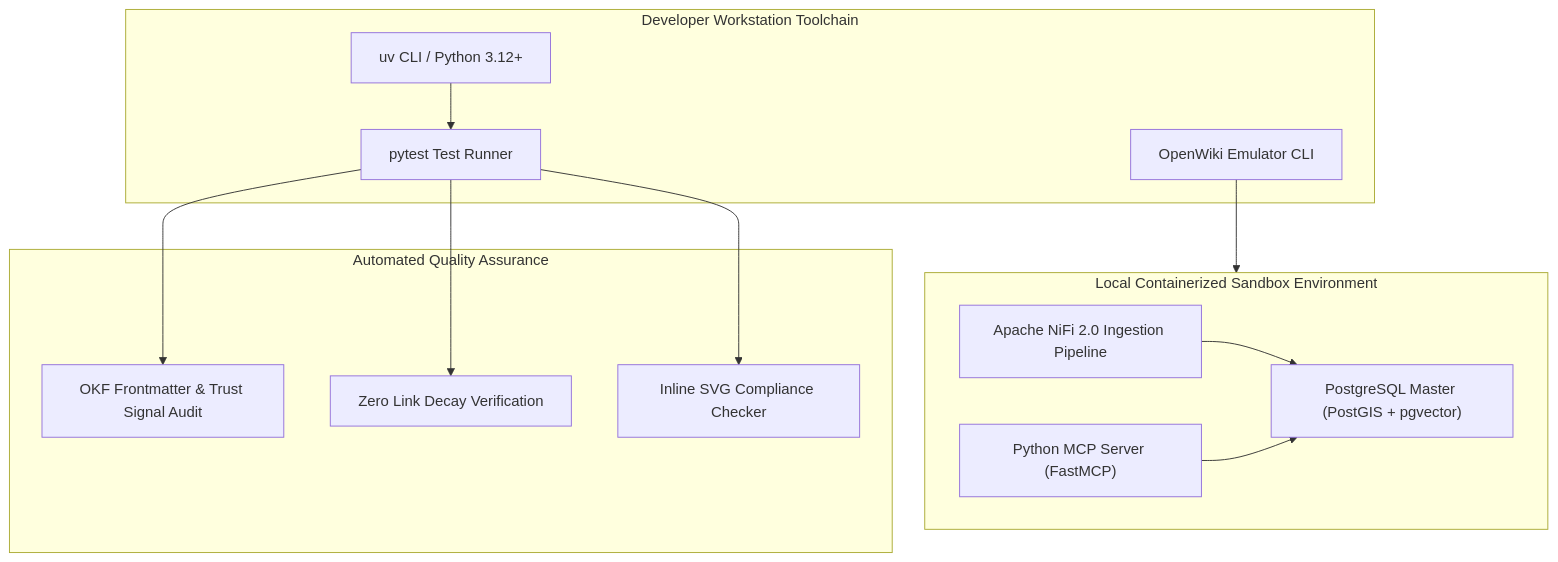
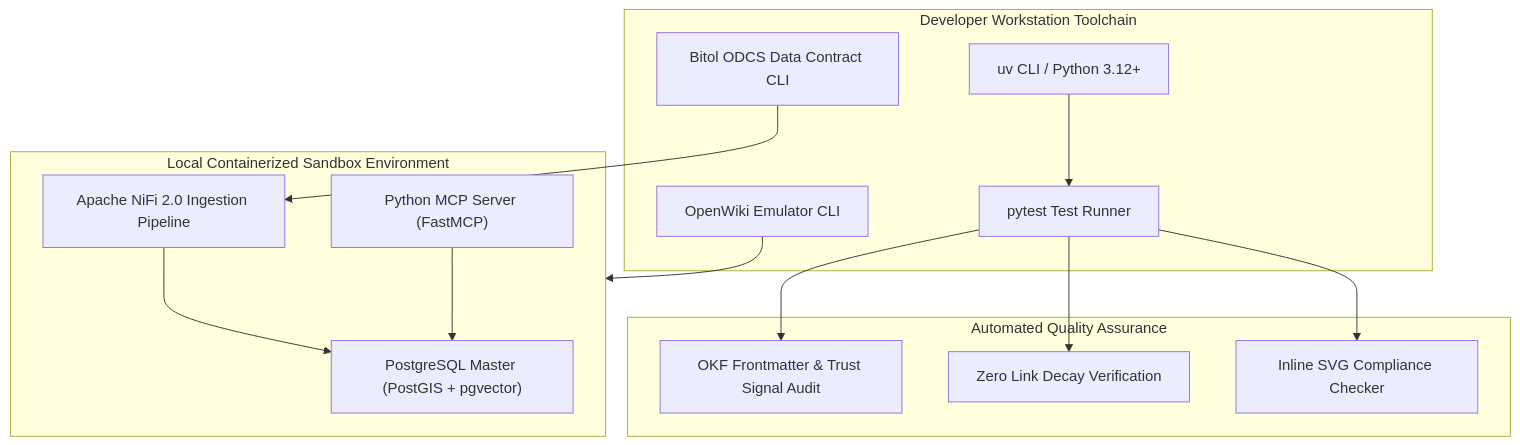
Before and after one commit to linuxmalaysia/bda-ai-infra: the diagram in docs/tutorials/onboarding-and-setup.md, drawn with Mermaid. The commit also changed 18 other files, not shown here.

First line of the commit message:
docs: address PR review feedback across diagrams, Mermaid graphs, and routing tables

````diff
--- a/docs/tutorials/onboarding-and-setup.md
+++ b/docs/tutorials/onboarding-and-setup.md
@@ -100,29 +100,31 @@
 ```mermaid
 flowchart TD
     subgraph DevToolchain ["Developer Workstation Toolchain"]
         UV["uv CLI / Python 3.12+"]
         Pytest["pytest Test Runner"]
         OpenWiki["OpenWiki Emulator CLI"]
+        ODCS["Bitol ODCS Data Contract CLI"]
     end
 
     subgraph Sandbox ["Local Containerized Sandbox Environment"]
         Postgres["PostgreSQL Master (PostGIS + pgvector)"]
         NiFi["Apache NiFi 2.0 Ingestion Pipeline"]
         MCP["Python MCP Server (FastMCP)"]
     end
 
     subgraph QA ["Automated Quality Assurance"]
         OKFAudit["OKF Frontmatter & Trust Signal Audit"]
         LinkCheck["Zero Link Decay Verification"]
         SVGCheck["Inline SVG Compliance Checker"]
     end
 
     UV --> Pytest
     Pytest --> OKFAudit
     Pytest --> LinkCheck
     Pytest --> SVGCheck
 
     OpenWiki --> Sandbox
+    ODCS --> NiFi
     NiFi --> Postgres
     MCP --> Postgres
 ```
````
